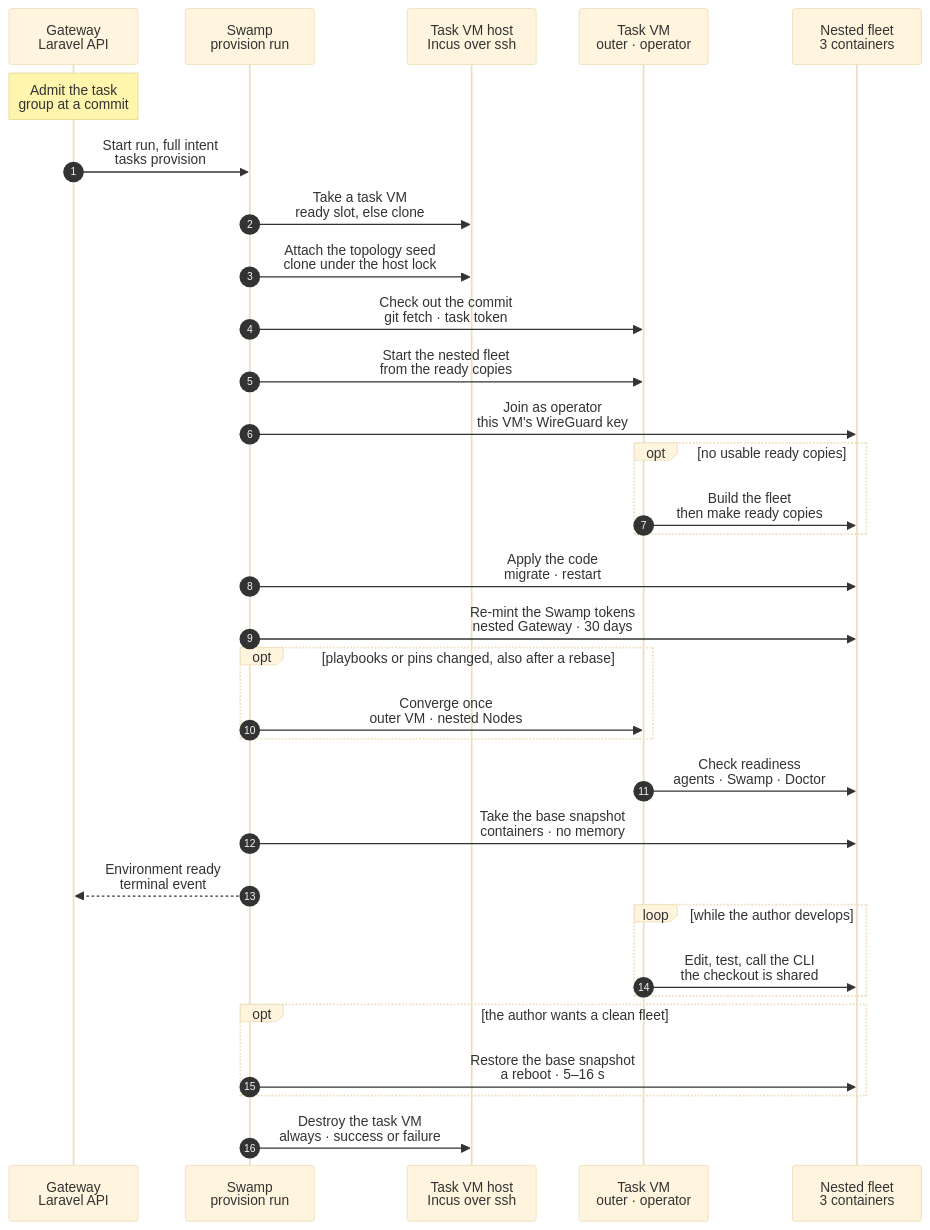
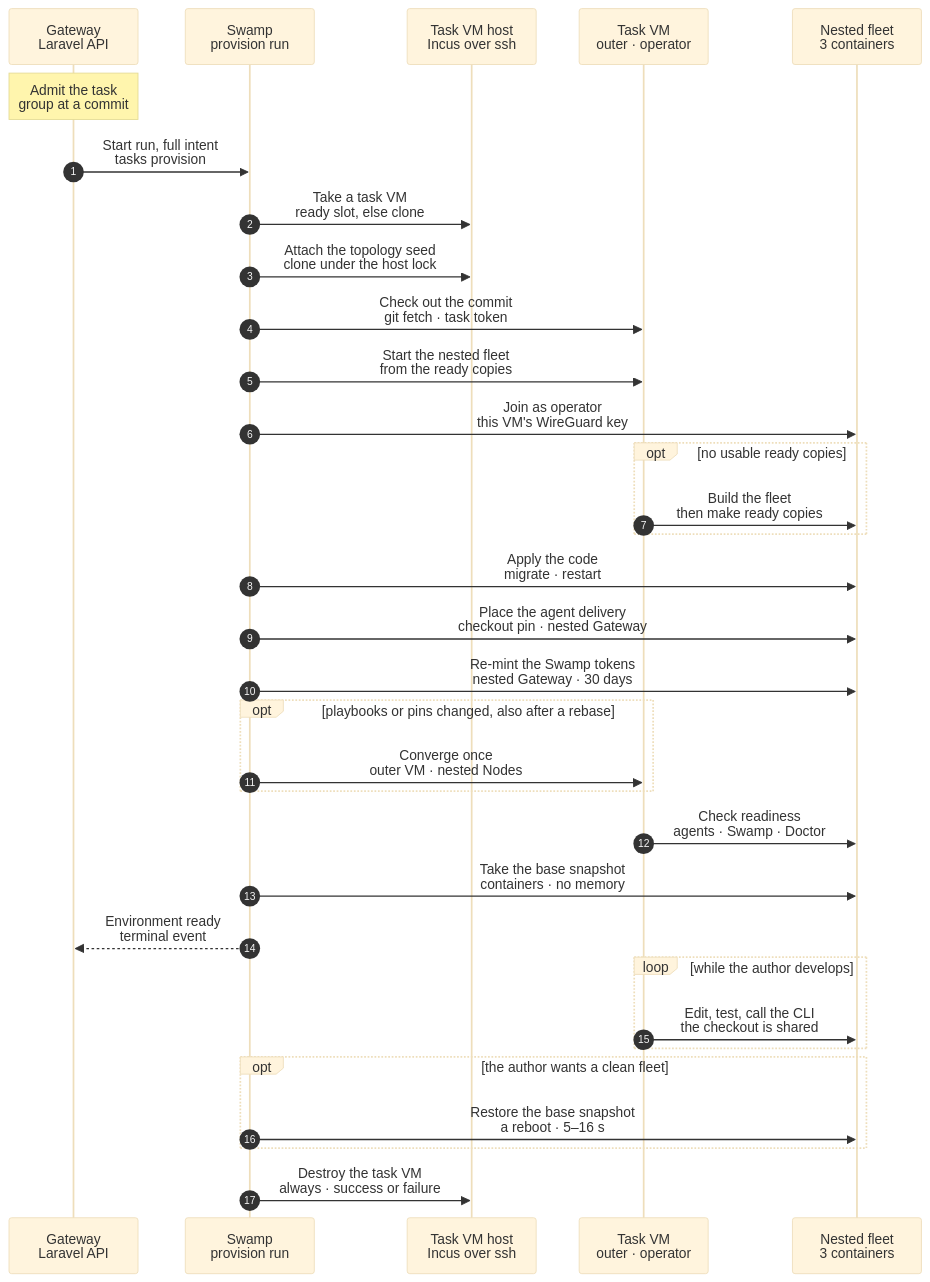
Before and after one commit to hardimpactdev/orbit: the diagram in docs/reference/pipeline/2-development-environment.mmd, drawn with Mermaid (base theme). The commit also changed 4 other files, not shown here.

First line of the commit message:
fix(task-vms): the refresh promotes only after every step passed; stage 2 places the nested agent delivery (#3105)

```diff
--- a/docs/reference/pipeline/2-development-environment.mmd
+++ b/docs/reference/pipeline/2-development-environment.mmd
@@ -85,6 +85,11 @@
   %%> - the checkout is the disk device of the fleet start; there is no NFS export, NFS mount or mount ordering step any more
   %%> Why:
   %%> - an edit on the outer VM is in the nested Nodes at once, at local disk speed; nothing can run against old code
+  SW->>NT: Place the agent delivery<br/>checkout pin · nested Gateway
+  %%> Decided by the orchestrator, for Nick's review (2026-11-07):
+  %%> - copies the checkout's agent pin (`resources/agent/frozen-manifest.json`) to the nested Gateway's delivery manifest (`apps/agent/delivery/manifest.json`), as a release does
+  %%> Why:
+  %%> - the manifest is an ignored file of the shared checkout, so a fleet from ready copies mounts a checkout without it, and its `node:converge` refuses to start
   SW->>NT: Re-mint the Swamp tokens<br/>nested Gateway · 30 days
   %%> Decided by the orchestrator, for Nick's review (2026-11-06):
   %%> What it does:
```
